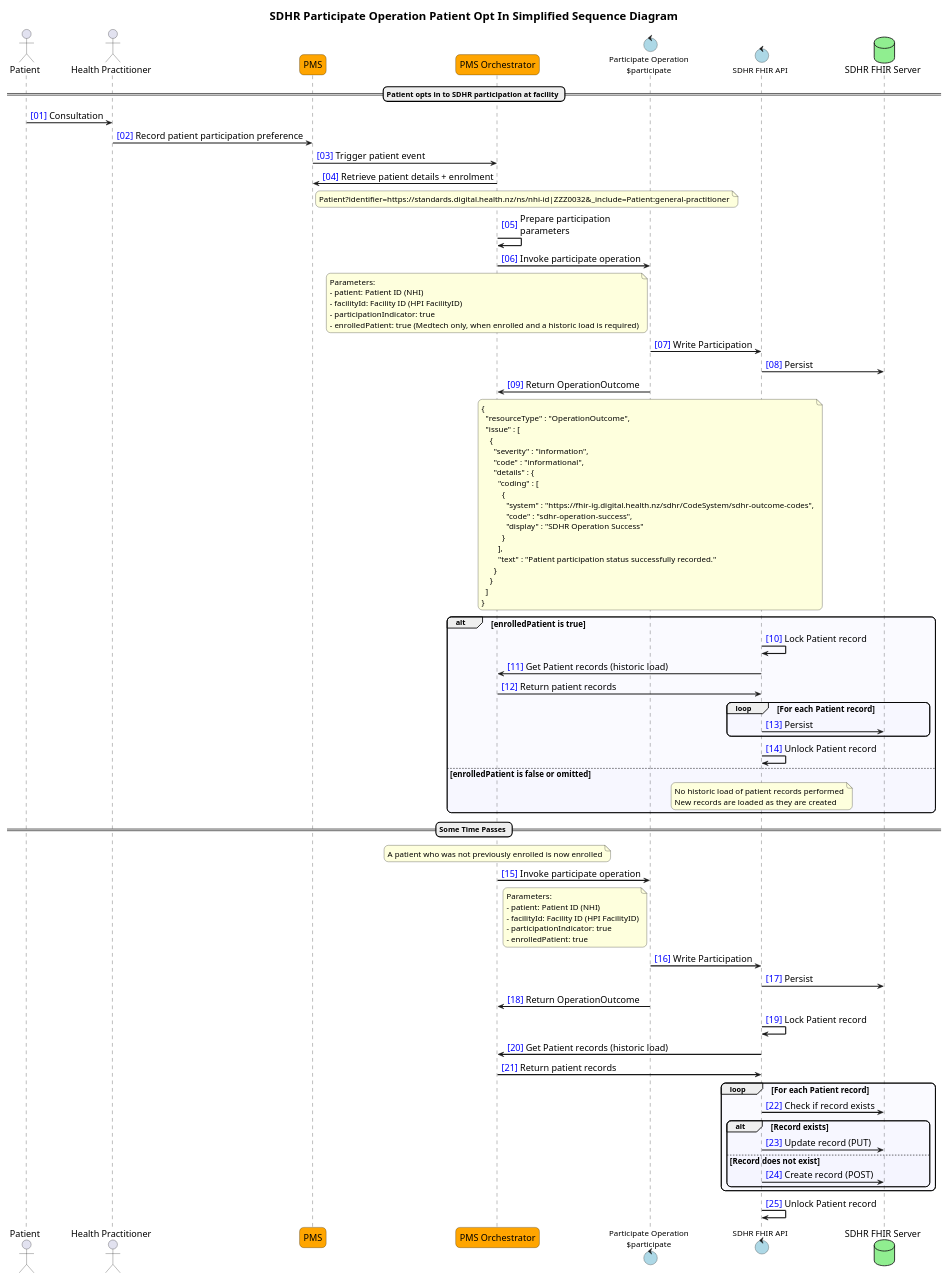
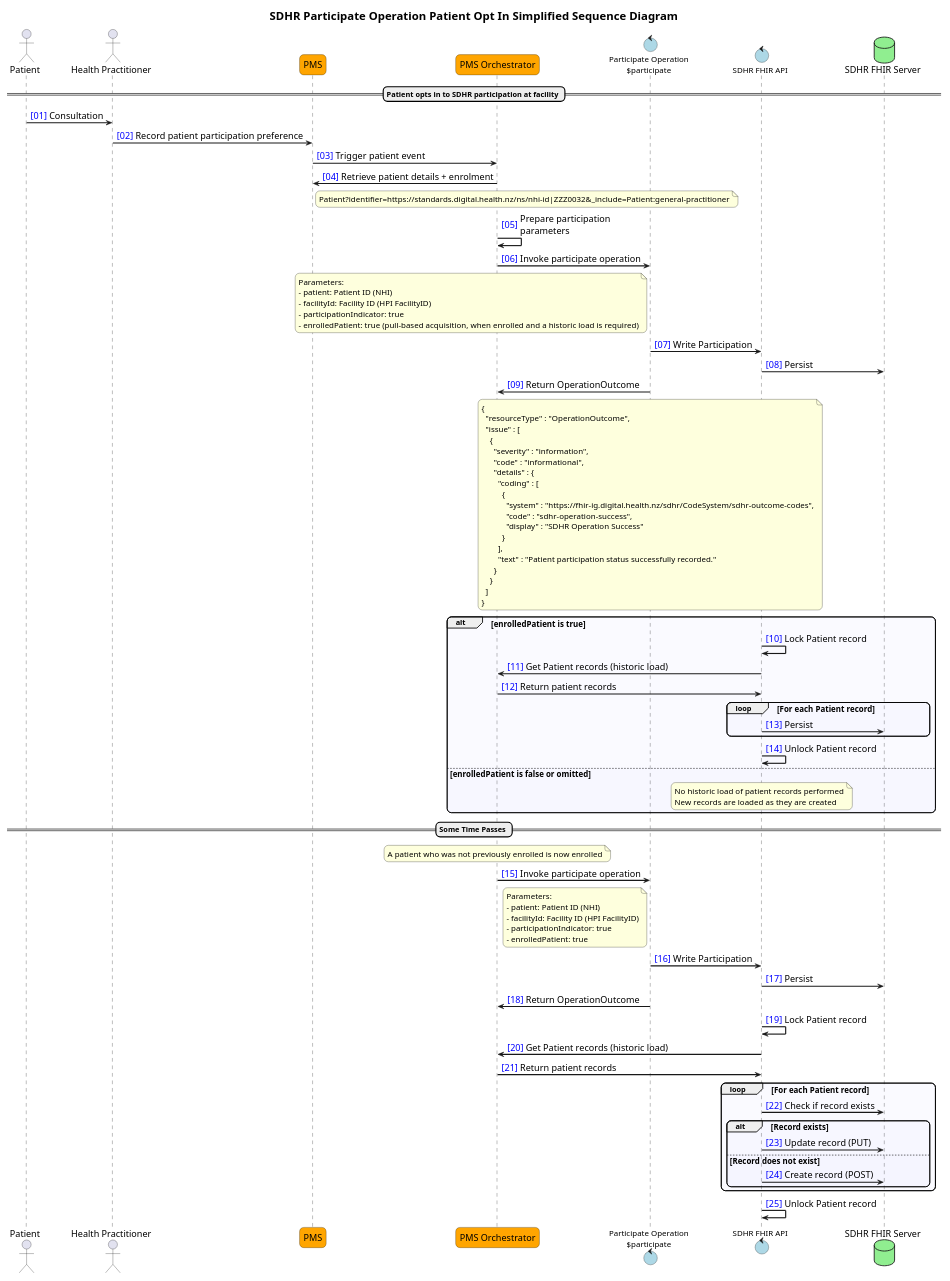
The diagram in input/images-source/participate-sequence-with-enrolment-simplified.plantuml (tewhatuora/fhir-sdhr), drawn with PlantUML before and after one commit. The commit also changed 9 other files, not shown here.

```diff
--- a/input/images-source/participate-sequence-with-enrolment-simplified.plantuml
+++ b/input/images-source/participate-sequence-with-enrolment-simplified.plantuml
@@ -1,124 +1,124 @@
 @startuml
 
 title SDHR Participate Operation Patient Opt In Simplified Sequence Diagram
 
 autonumber "<color:Blue>[00]"
 
 skinparam ActorFontSize 16
 skinparam ArrowFontSize 12
 skinparam ArrowFontSize 16
 skinparam BoxPadding 5
 skinparam DatabaseFontSize 16
 skinparam dpi 400
 skinparam EntityFontSize 16
 skinparam MaxMessageSize 375
 skinparam NoteFontSize 14
 skinparam ParticipantFontSize 16
 skinparam ParticipantPadding 5
 skinparam responseMessageBelowArrow true
 skinparam roundcorner 15
 skinparam sequenceArrowThickness 2
 skinparam SequenceBoxFontSize 16
 skinparam sequencegroupfontsize 14
 skinparam SequenceMessageAlignment left
 skinparam sequenceStyle uml2
 skinparam TitleFontSize 20
 ' semi-transparent sequence groups!
 ' see https://sarafian.github.io/tips/2021/03/11/plantuml-tips-tricks-1.html#:~:text=responseMessageBelowArrow-,Semi,-transparent%20group%20backgrounds
 skinparam SequenceGroupBodyBackgroundColor #EEEEFF50
 
 scale max 400 width
 scale 300*500
 
 actor "Patient" as Patient
 actor "Health Practitioner" as USER
 participant "PMS" as APIC #Orange
 participant "PMS Orchestrator" as ORCHESTRATOR #Orange
 control "Participate Operation\n$participate" as PARTICIPATE #LightBlue
 control "SDHR FHIR API" as FHIRAPI #LightBlue
 database "SDHR FHIR Server" as SDHR #LightGreen
 
 == Patient opts in to SDHR participation at facility ==
 Patient -> USER : Consultation
 USER -> APIC : Record patient participation preference
 APIC -> ORCHESTRATOR : Trigger patient event
 ORCHESTRATOR -> APIC : Retrieve patient details + enrolment
   note right of APIC
     Patient?identifier=https://standards.digital.health.nz/ns/nhi-id|ZZZ0032&_include=Patient:general-practitioner
   end note
 ORCHESTRATOR -> ORCHESTRATOR : Prepare participation\nparameters
 ORCHESTRATOR -> PARTICIPATE : Invoke participate operation
   note left of PARTICIPATE
     Parameters:
     - patient: Patient ID (NHI)
     - facilityId: Facility ID (HPI FacilityID)
     - participationIndicator: true
-    - enrolledPatient: true (Medtech only, when enrolled and a historic load is required)
+    - enrolledPatient: true (pull-based acquisition, when enrolled and a historic load is required)
   end note
 PARTICIPATE -> FHIRAPI : Write Participation
 FHIRAPI -> SDHR : Persist
 PARTICIPATE -> ORCHESTRATOR : Return OperationOutcome
   note over PARTICIPATE
     {
       "resourceType" : "OperationOutcome",
       "issue" : [
         {
           "severity" : "information",
           "code" : "informational",
           "details" : {
             "coding" : [
               {
                 "system" : "https://fhir-ig.digital.health.nz/sdhr/CodeSystem/sdhr-outcome-codes",
                 "code" : "sdhr-operation-success",
                 "display" : "SDHR Operation Success"
               }
             ],
             "text" : "Patient participation status successfully recorded."
           }
         }
       ]
     }
   end note
 alt enrolledPatient is true
   FHIRAPI -> FHIRAPI : Lock Patient record
   FHIRAPI -> ORCHESTRATOR : Get Patient records (historic load)
   ORCHESTRATOR -> FHIRAPI : Return patient records
   loop For each Patient record
     FHIRAPI -> SDHR : Persist
   end loop
   FHIRAPI -> FHIRAPI : Unlock Patient record
 else enrolledPatient is false or omitted
   note over FHIRAPI
     No historic load of patient records performed
     New records are loaded as they are created
   end note
 end alt
 
 == Some Time Passes ==
 note over ORCHESTRATOR
   A patient who was not previously enrolled is now enrolled
 end note
 ORCHESTRATOR -> PARTICIPATE : Invoke participate operation
   note left of PARTICIPATE
     Parameters:
     - patient: Patient ID (NHI)
     - facilityId: Facility ID (HPI FacilityID)
     - participationIndicator: true
     - enrolledPatient: true
   end note
 PARTICIPATE -> FHIRAPI : Write Participation
 FHIRAPI -> SDHR : Persist
 PARTICIPATE -> ORCHESTRATOR : Return OperationOutcome
 FHIRAPI -> FHIRAPI : Lock Patient record
 FHIRAPI -> ORCHESTRATOR : Get Patient records (historic load)
 ORCHESTRATOR -> FHIRAPI : Return patient records
 loop For each Patient record
   FHIRAPI ->  SDHR : Check if record exists
   alt Record exists
     FHIRAPI -> SDHR : Update record (PUT)
   else Record does not exist
     FHIRAPI -> SDHR : Create record (POST)
   end
 end loop
 FHIRAPI -> FHIRAPI : Unlock Patient record
 @enduml
```
